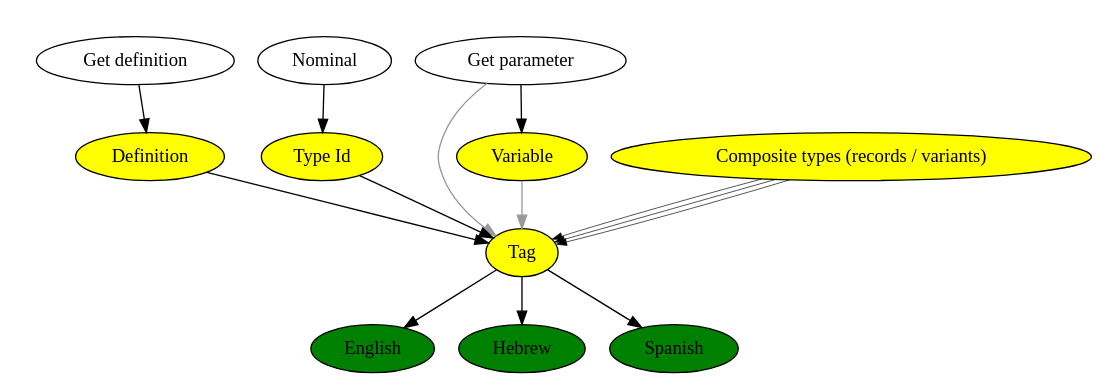
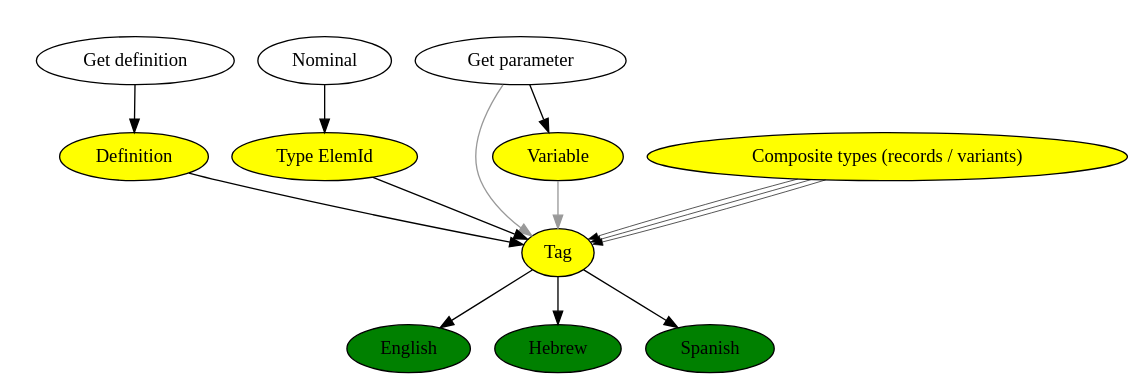
The diagram in doc/names.dot (lamdu/lamdu), drawn with Graphviz before and after one commit. The commit also changed 68 other files, not shown here.

```diff
--- a/doc/names.dot
+++ b/doc/names.dot
@@ -1,27 +1,27 @@
 digraph {
     subgraph cluster_getters {
         style="invis";
         GetDef;
         Nominal;
         GetParam;
     }
     GetDef                   [label="Get definition"];
     GetParam                 [label="Get parameter"];
     Nominal                  [label="Nominal"];
     Tag, Def, Var, Composites, TId [style=filled, fillcolor=yellow];
-    TId                      [label="Type Id"];
+    TId                      [label="Type ElemId"];
     Def                      [label="Definition"];
     Var                      [label="Variable"];
     Composites               [label="Composite types (records / variants)"];
     English, Hebrew, Spanish [style=filled, fillcolor=green];
     Tag -> English, Spanish, Hebrew;
     Def, TId -> Tag;
     Composites -> Tag [penwidth=0.5, arrowsize=0.75];
     Composites -> Tag [penwidth=0.5, arrowsize=0.75];
     Composites -> Tag [penwidth=0.5, arrowsize=0.75];
     Var, GetParam -> Tag [color="#999999"];
 
     GetDef -> Def;
     GetParam -> Var;
     Nominal -> TId;
 }
```
